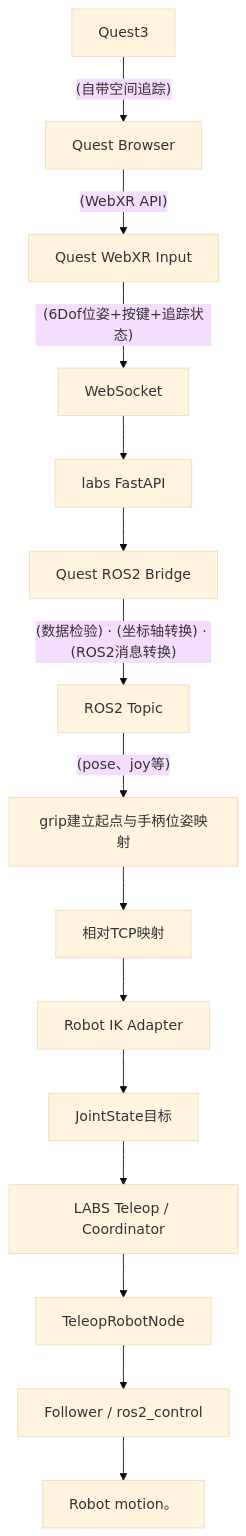
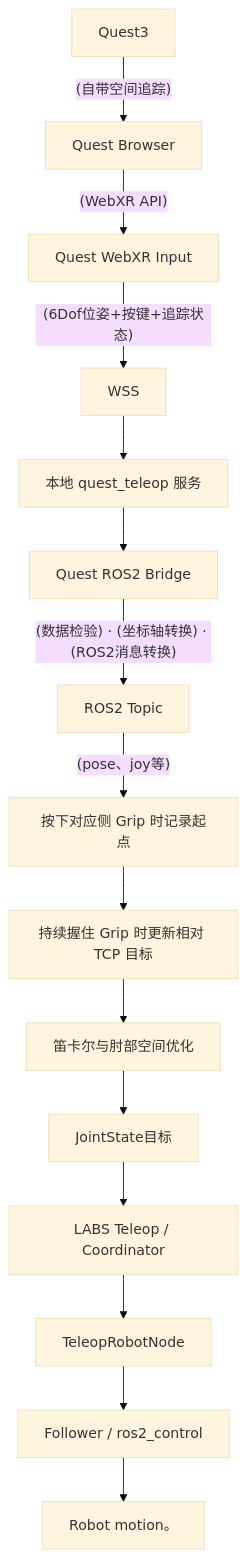
One commit to YYxzz8866/Quest-Proposal changed the fifth of 7 diagrams in Quest.md. Above: the diagram before and after it, drawn with Mermaid (base theme). The commit also changed other lines of this file and 9 other files, not shown here.

````diff
--- a/Quest.md
+++ b/Quest.md
@@ -500,32 +499,32 @@
 ```mermaid
 flowchart TD
     N0["Quest3"]
     N0 -->|"(自带空间追踪)"| N1
     N1["Quest Browser"]
     N1 -->|"(WebXR API)"| N2
     N2["Quest WebXR Input"]
     N2 -->|"(6Dof位姿+按键+追踪状态)"| N3
-    N3["WebSocket"]
+    N3["WSS"]
     N3 --> N4
-    N4["labs FastAPI"]
+    N4["本地 quest_teleop 服务"]
     N4 --> N5
     N5["Quest ROS2 Bridge"]
     N5 -->|"(数据检验) · (坐标轴转换) · (ROS2消息转换)"| N6
     N6["ROS2 Topic"]
     N6 -->|"(pose、joy等)"| N7
-    N7["grip建立起点与手柄位姿映射"]
+    N7["按下对应侧 Grip 时记录起点"]
     N7 --> N8
-    N8["相对TCP映射"]
+    N8["持续握住 Grip 时更新相对 TCP 目标"]
     N8 --> N9
-    N9["Robot IK Adapter"]
+    N9["笛卡尔与肘部空间优化"]
     N9 --> N10
     N10["JointState目标"]
     N10 --> N11
     N11["LABS Teleop / Coordinator"]
     N11 --> N12
     N12["TeleopRobotNode"]
     N12 --> N13
     N13["Follower / ros2_control"]
     N13 --> N14
     N14["Robot motion。"]
 ```
````
